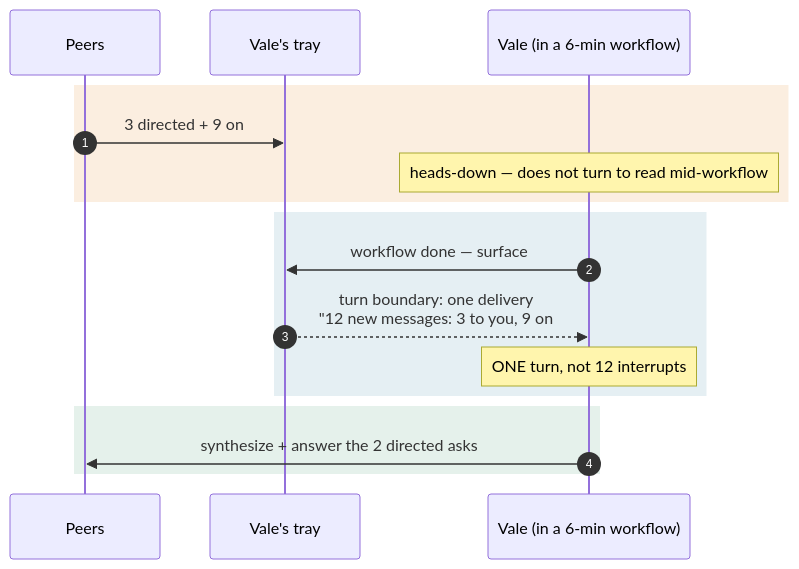
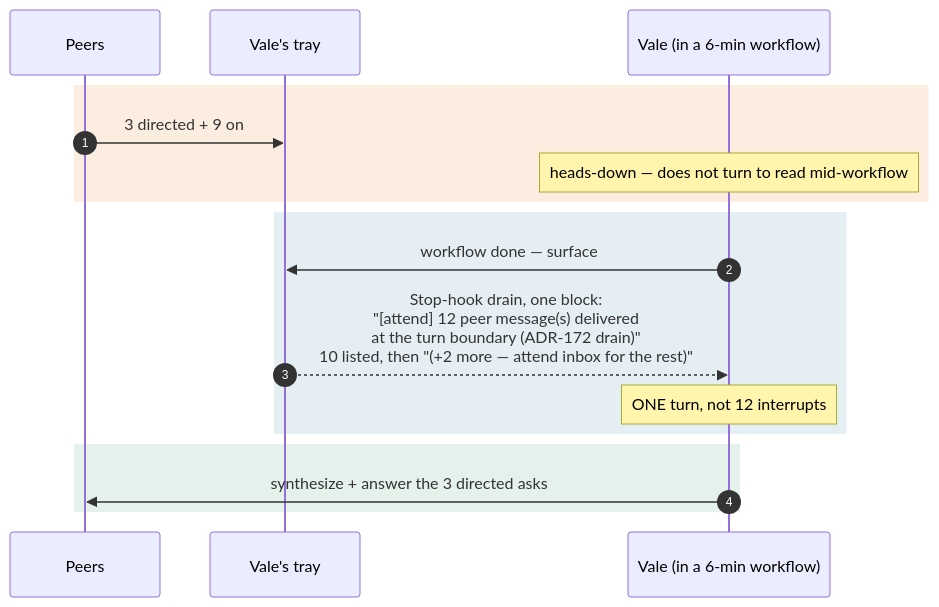
The second of 2 diagrams in docs/explanation/attend-messaging/03-team-inside-one-voice.md (aaronsb/agent-ways), drawn with Mermaid before and after one commit. The commit also changed other lines of this file and 16 other files, not shown here.

````diff
--- a/docs/explanation/attend-messaging/03-team-inside-one-voice.md
+++ b/docs/explanation/attend-messaging/03-team-inside-one-voice.md
@@ -60,19 +60,19 @@
 ```mermaid
 sequenceDiagram
     autonumber
     participant P as Peers
     participant Tray as Vale's tray
     participant V as Vale (in a 6-min workflow)
     rect rgba(217,119,6,0.12)
     P->>Tray: 3 directed + 9 on #open (over ~6 min)
     Note over V: heads-down — does not turn to read mid-workflow
     end
     rect rgba(45,125,154,0.12)
     V->>Tray: workflow done — surface
-    Tray-->>V: turn boundary: one delivery<br/>"12 new messages: 3 to you, 9 on #open<br/>(newest 40s ago, over 6m)"
+    Tray-->>V: Stop-hook drain, one block:<br/>"[attend] 12 peer message(s) delivered<br/>at the turn boundary (ADR-172 drain)"<br/>10 listed, then "(+2 more — attend inbox for the rest)"
     Note over V: ONE turn, not 12 interrupts
     end
     rect rgba(45,142,94,0.12)
-    V->>P: synthesize + answer the 2 directed asks
+    V->>P: synthesize + answer the 3 directed asks
     end
 ```
````
